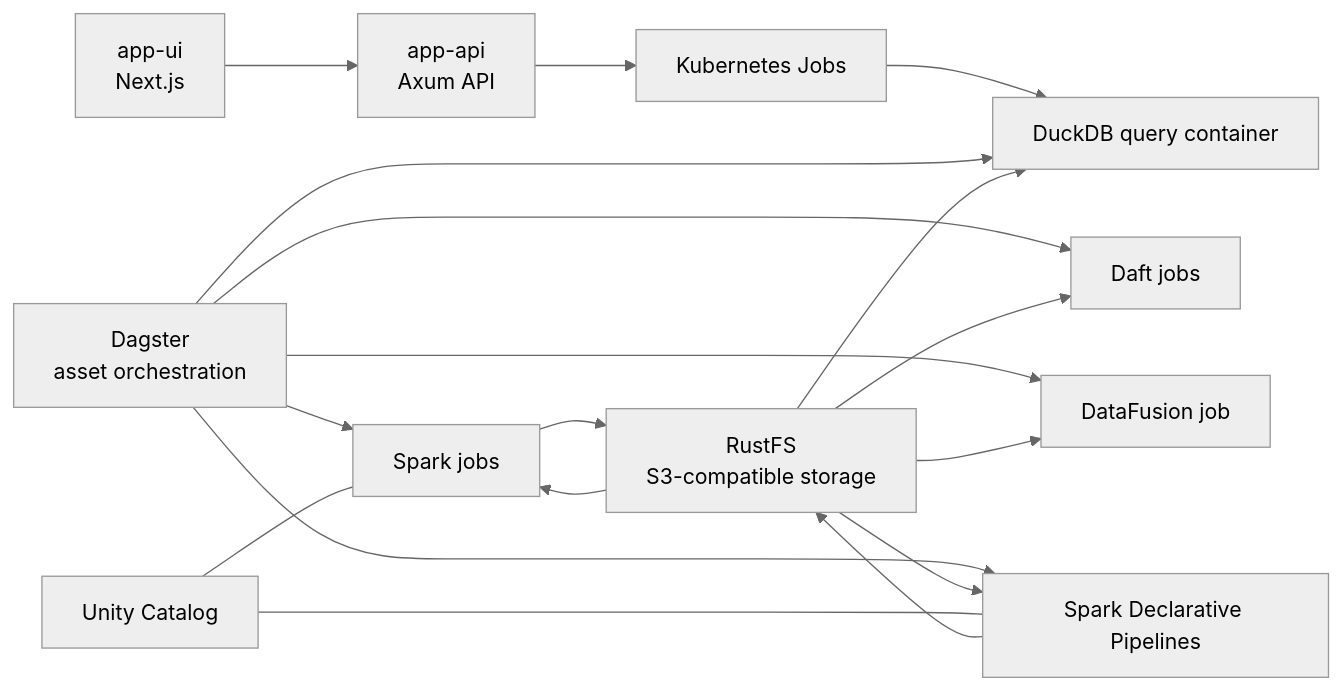
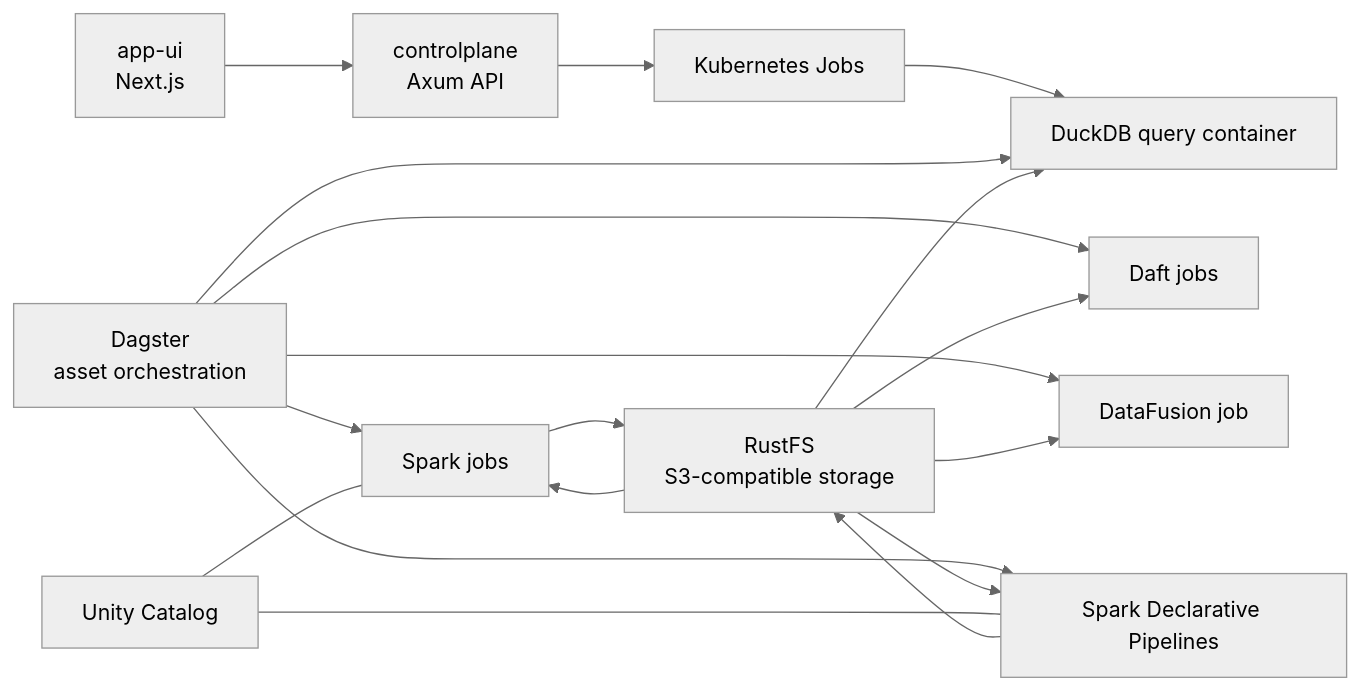
Before and after one commit to linrium/mizumi: the diagram in README.md, drawn with Mermaid (neutral theme). The commit also changed other lines of this file and 22 other files, not shown here.

````diff
--- a/README.md
+++ b/README.md
@@ -22,24 +22,24 @@
 ```mermaid
 flowchart LR
-    UI["app-ui<br/>Next.js"] --> API["app-api<br/>Axum API"]
+    UI["app-ui<br/>Next.js"] --> API["controlplane<br/>Axum API"]
     API --> K8S["Kubernetes Jobs"]
     K8S --> DDB["DuckDB query container"]
 
     Dagster["Dagster<br/>asset orchestration"] --> SparkJobs["Spark jobs"]
     Dagster --> SDP["Spark Declarative Pipelines"]
     Dagster --> DF["DataFusion job"]
     Dagster --> Daft["Daft jobs"]
     Dagster --> DDB
 
     RustFS["RustFS<br/>S3-compatible storage"] --> SparkJobs
     RustFS --> SDP
     RustFS --> DF
     RustFS --> DDB
     RustFS --> Daft
 
     SparkJobs --> RustFS
     SDP --> RustFS
 
     Unity["Unity Catalog"] --- SDP
     Unity --- SparkJobs
 ```
````
